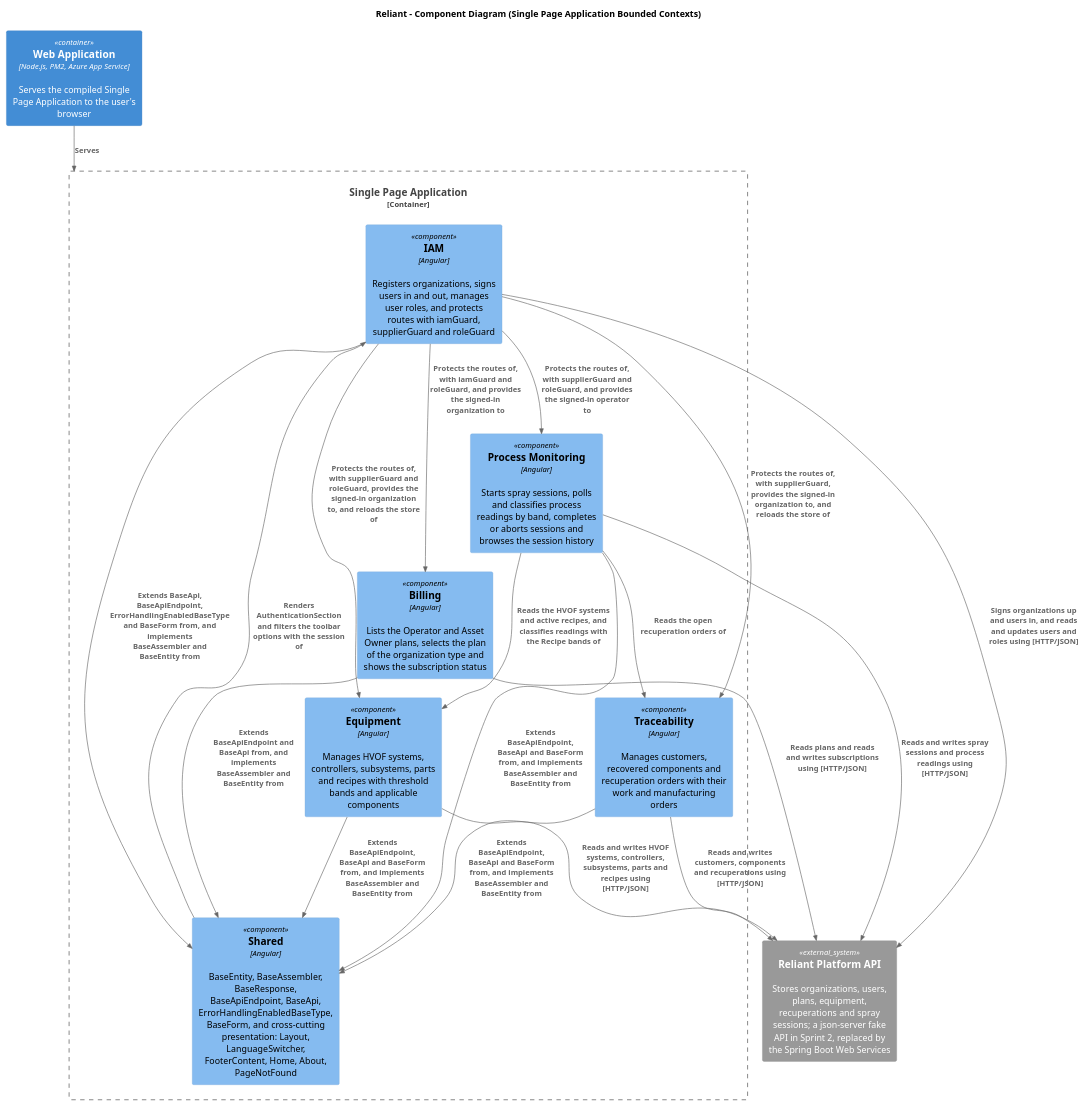
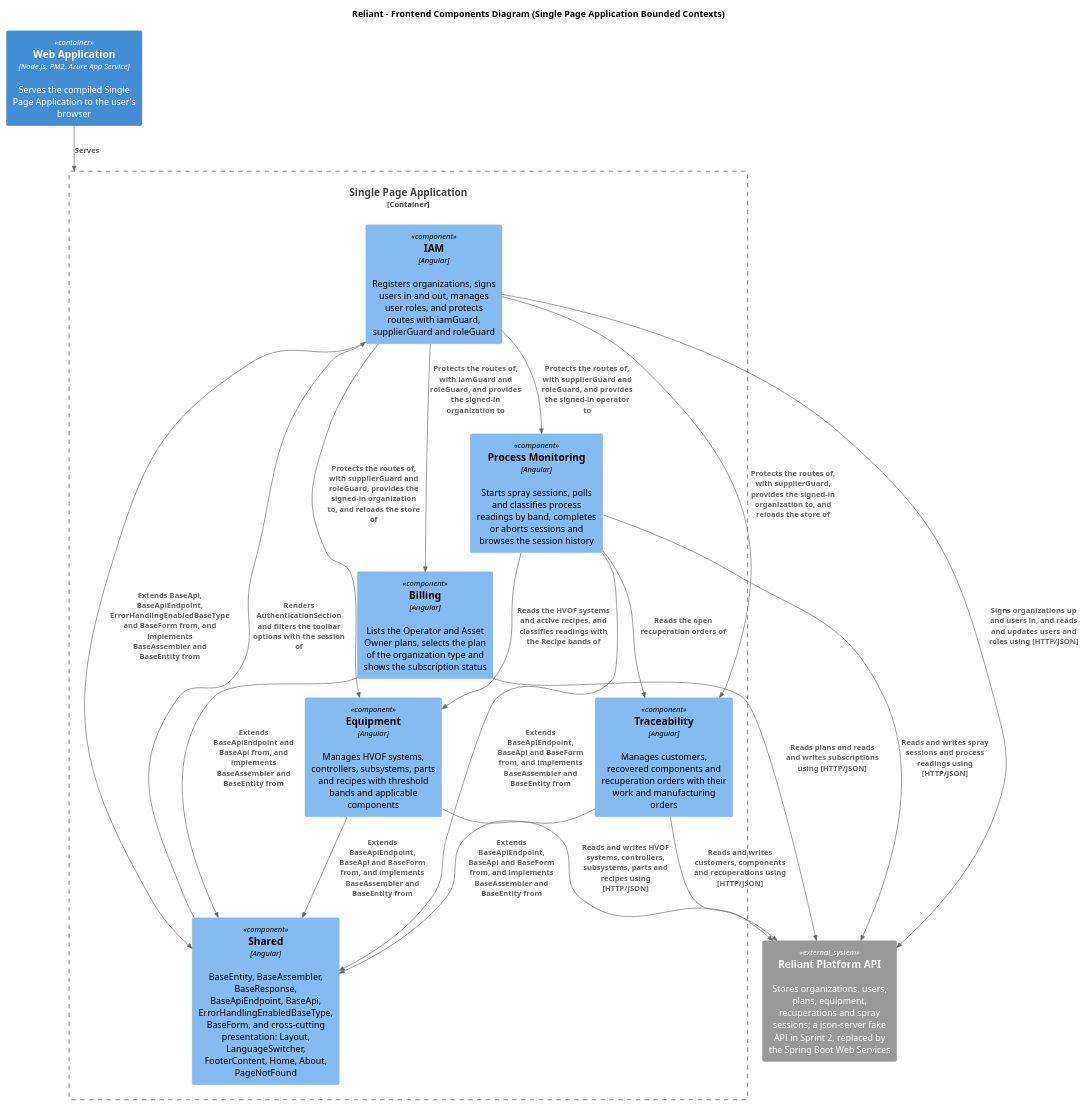
Before and after one commit to upc-pre-202620-1asi0729-7753-innovacorp/reliant-report: the diagram in assets/scripts/chapter-iv/component-diagrams/reliant-c4-components-spa-bounded-contexts.puml, drawn with PlantUML. The commit also changed 61 other files, not shown here.

```diff
--- a/assets/scripts/chapter-iv/component-diagrams/reliant-c4-components-spa-bounded-contexts.puml
+++ b/assets/scripts/chapter-iv/component-diagrams/reliant-c4-components-spa-bounded-contexts.puml
@@ -1,36 +1,36 @@
 @startuml "Components-Bounded Contexts"
 !includeurl https://raw.githubusercontent.com/plantuml-stdlib/C4-PlantUML/master/C4_Component.puml
 
-title Reliant - Component Diagram (Single Page Application Bounded Contexts)
+title Reliant - Frontend Components Diagram (Single Page Application Bounded Contexts)
 
 Container(web, "Web Application", "Node.js, PM2, Azure App Service", "Serves the compiled Single Page Application to the user's browser")
 System_Ext(platformapi, "Reliant Platform API", "Stores organizations, users, plans, equipment, recuperations and spray sessions; a json-server fake API in Sprint 2, replaced by the Spring Boot Web Services")
 
 Container_Boundary(spa, "Single Page Application") {
     Component(iam, "IAM", "Angular", "Registers organizations, signs users in and out, manages user roles, and protects routes with iamGuard, supplierGuard and roleGuard")
     Component(billing, "Billing", "Angular", "Lists the Operator and Asset Owner plans, selects the plan of the organization type and shows the subscription status")
     Component(equipment, "Equipment", "Angular", "Manages HVOF systems, controllers, subsystems, parts and recipes with threshold bands and applicable components")
     Component(traceability, "Traceability", "Angular", "Manages customers, recovered components and recuperation orders with their work and manufacturing orders")
     Component(processmonitoring, "Process Monitoring", "Angular", "Starts spray sessions, polls and classifies process readings by band, completes or aborts sessions and browses the session history")
     Component(shared, "Shared", "Angular", "BaseEntity, BaseAssembler, BaseResponse, BaseApiEndpoint, BaseApi, ErrorHandlingEnabledBaseType, BaseForm, and cross-cutting presentation: Layout, LanguageSwitcher, FooterContent, Home, About, PageNotFound")
 }
 
 Rel(web, spa, "Serves")
 Rel(iam, shared, "Extends BaseApi, BaseApiEndpoint, ErrorHandlingEnabledBaseType and BaseForm from, and implements BaseAssembler and BaseEntity from")
 Rel(billing, shared, "Extends BaseApiEndpoint and BaseApi from, and implements BaseAssembler and BaseEntity from")
 Rel(equipment, shared, "Extends BaseApiEndpoint, BaseApi and BaseForm from, and implements BaseAssembler and BaseEntity from")
 Rel(traceability, shared, "Extends BaseApiEndpoint, BaseApi and BaseForm from, and implements BaseAssembler and BaseEntity from")
 Rel(processmonitoring, shared, "Extends BaseApiEndpoint, BaseApi and BaseForm from, and implements BaseAssembler and BaseEntity from")
 Rel(shared, iam, "Renders AuthenticationSection and filters the toolbar options with the session of")
 Rel(iam, billing, "Protects the routes of, with iamGuard and roleGuard, and provides the signed-in organization to")
 Rel(iam, equipment, "Protects the routes of, with supplierGuard and roleGuard, provides the signed-in organization to, and reloads the store of")
 Rel(iam, traceability, "Protects the routes of, with supplierGuard, provides the signed-in organization to, and reloads the store of")
 Rel(iam, processmonitoring, "Protects the routes of, with supplierGuard and roleGuard, and provides the signed-in operator to")
 Rel(processmonitoring, equipment, "Reads the HVOF systems and active recipes, and classifies readings with the Recipe bands of")
 Rel(processmonitoring, traceability, "Reads the open recuperation orders of")
 Rel(iam, platformapi, "Signs organizations up and users in, and reads and updates users and roles using [HTTP/JSON]")
 Rel(billing, platformapi, "Reads plans and reads and writes subscriptions using [HTTP/JSON]")
 Rel(equipment, platformapi, "Reads and writes HVOF systems, controllers, subsystems, parts and recipes using [HTTP/JSON]")
 Rel(traceability, platformapi, "Reads and writes customers, components and recuperations using [HTTP/JSON]")
 Rel(processmonitoring, platformapi, "Reads and writes spray sessions and process readings using [HTTP/JSON]")
 @enduml
```
